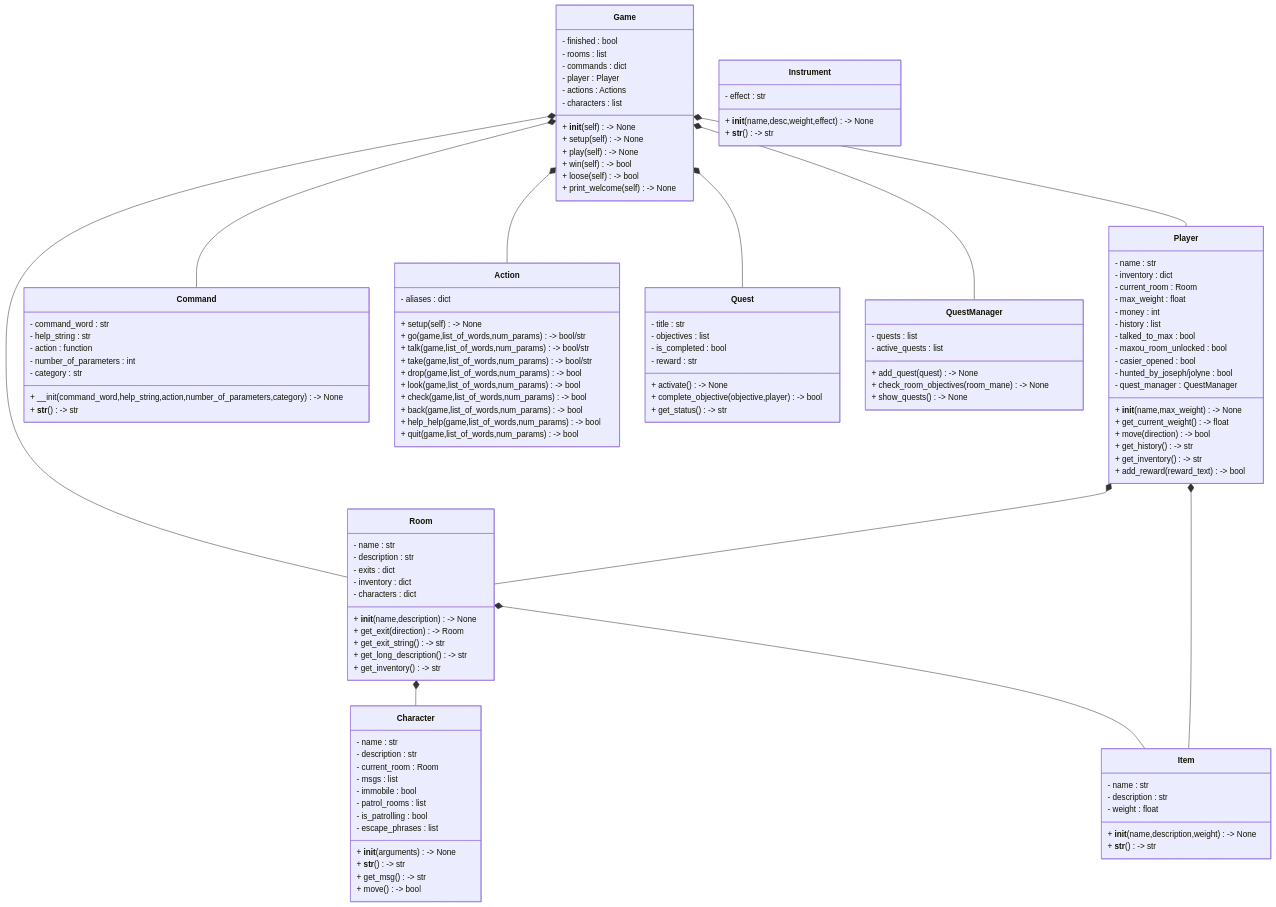
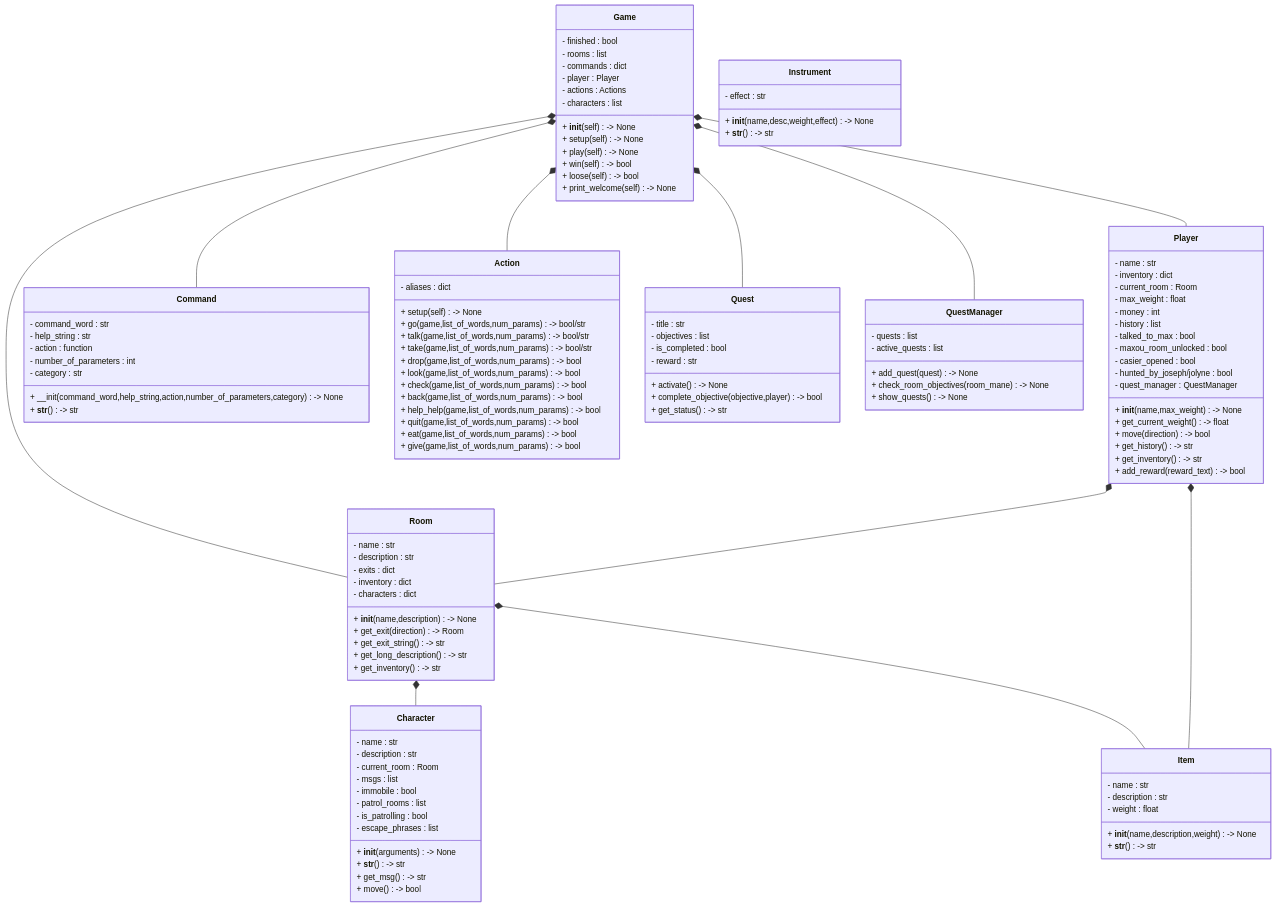
Before and after one commit to spelheart/TBA: the diagram in projet/README.md, drawn with Mermaid. The commit also changed other lines of this file, not shown here.

```diff
--- a/projet/README.md
+++ b/projet/README.md
@@ -174,6 +182,8 @@
         + back(game,list_of_words,num_params) -> bool
         + help_help(game,list_of_words,num_params) -> bool
         + quit(game,list_of_words,num_params) -> bool
+        + eat(game,list_of_words,num_params) -> bool
+        + give(game,list_of_words,num_params) -> bool
     }
     
     class Item {
```
